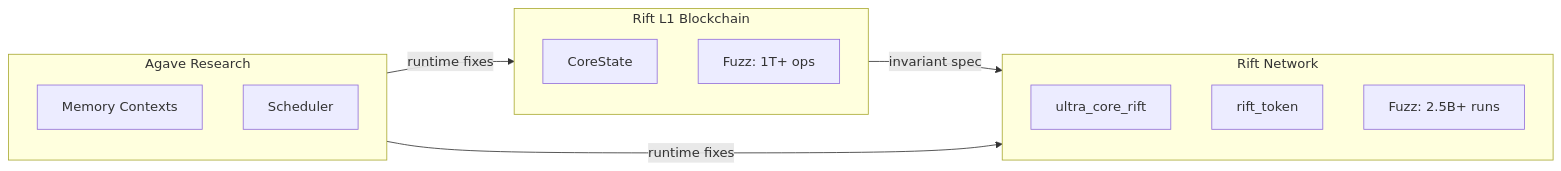
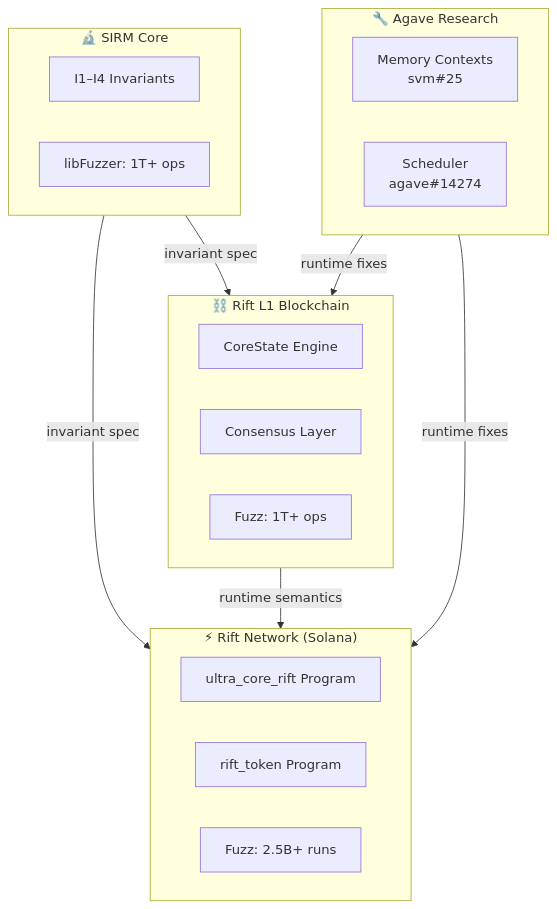
Before and after one commit to RFT-SIRM/UltraCore-RFT: the diagram in docs/implementation.md, drawn with Mermaid. The commit also changed other lines of this file, not shown here.

First line of the commit message:
Enhance implementation documentation and architecture details

````diff
--- a/docs/implementation.md
+++ b/docs/implementation.md
@@ -7,22 +11,30 @@
 ```mermaid
-flowchart LR
-    subgraph L1["Rift L1 Blockchain"]
-        CORE["CoreState"]
-        FUZZ1["Fuzz: 1T+ ops"]
+flowchart TB
+    subgraph SIRM["🔬 SIRM Core"]
+        INV["I1–I4 Invariants"]
+        FUZZ_CORE["libFuzzer: 1T+ ops"]
     end
 
-    subgraph NET["Rift Network"]
-        ANCHOR["ultra_core_rift"]
-        TOKEN["rift_token"]
-        FUZZ2["Fuzz: 2.5B+ runs"]
+    subgraph L1["⛓️ Rift L1 Blockchain"]
+        CORE["CoreState Engine"]
+        CONS["Consensus Layer"]
+        FUZZ_L1["Fuzz: 1T+ ops"]
     end
 
-    subgraph AGAVE["Agave Research"]
-        MEM["Memory Contexts"]
-        SCHED["Scheduler"]
+    subgraph NET["⚡ Rift Network (Solana)"]
+        ANCHOR["ultra_core_rift Program"]
+        TOKEN["rift_token Program"]
+        FUZZ_NET["Fuzz: 2.5B+ runs"]
     end
 
-    L1 -->|"invariant spec"| NET
+    subgraph AGAVE["🔧 Agave Research"]
+        MEM["Memory Contexts<br/>svm#25"]
+        SCHED["Scheduler<br/>agave#14274"]
+    end
+
+    SIRM -->|"invariant spec"| L1
+    SIRM -->|"invariant spec"| NET
+    L1 -->|"runtime semantics"| NET
     AGAVE -->|"runtime fixes"| L1
     AGAVE -->|"runtime fixes"| NET
 ```
````
